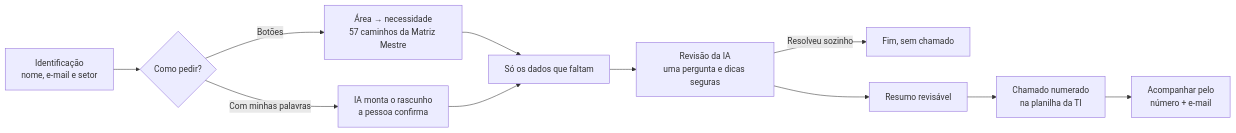
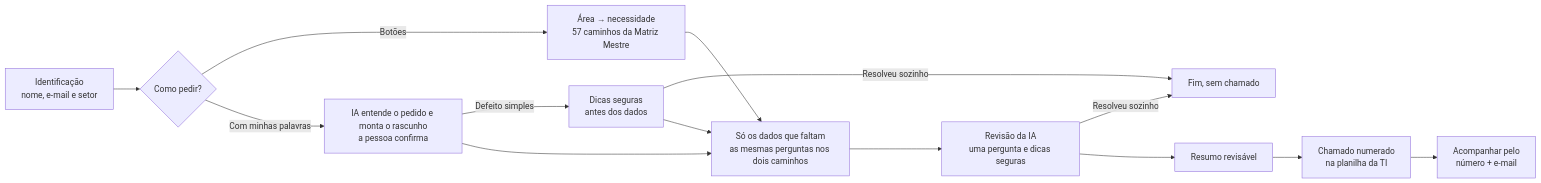
One commit to AndyMarksss/Assistente-SmartDesk changed the first of 2 diagrams in README.md. Above: the diagram before and after it, drawn with Mermaid. The commit also changed other lines of this file and 65 other files, not shown here.

````diff
--- a/README.md
+++ b/README.md
@@ -22,12 +22,15 @@
 ```mermaid
 flowchart LR
   A[Identificação<br/>nome, e-mail e setor] --> B{Como pedir?}
   B -->|Botões| C[Área → necessidade<br/>57 caminhos da Matriz Mestre]
-  B -->|Com minhas palavras| D[IA monta o rascunho<br/>a pessoa confirma]
-  C --> E[Só os dados que faltam]
+  B -->|Com minhas palavras| D[IA entende o pedido e monta o rascunho<br/>a pessoa confirma]
+  D -->|Defeito simples| T[Dicas seguras<br/>antes dos dados]
+  T -->|Resolveu sozinho| G
+  C --> E[Só os dados que faltam<br/>as mesmas perguntas nos dois caminhos]
   D --> E
+  T --> E
   E --> F[Revisão da IA<br/>uma pergunta e dicas seguras]
   F -->|Resolveu sozinho| G[Fim, sem chamado]
   F --> H[Resumo revisável] --> I[Chamado numerado<br/>na planilha da TI]
   I --> J[Acompanhar pelo<br/>número + e-mail]
 ```
````
